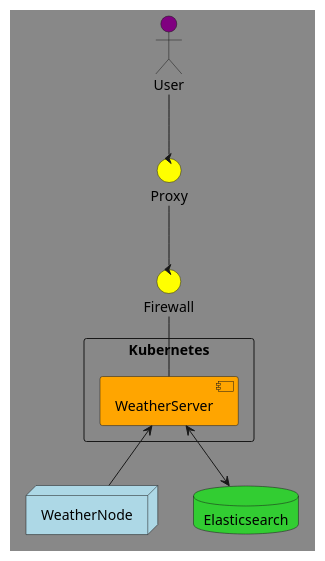
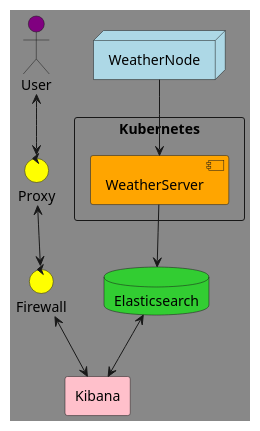
One commit to james-cathcart/indoor-weather-server changed the diagram in docs/deployment.puml. Above: the diagram before and after it, drawn with PlantUML. The commit also changed 8 other files, not shown here.

Commit message:
added additional diagrams and updated README

```diff
--- a/docs/deployment.puml
+++ b/docs/deployment.puml
@@ -1,23 +1,25 @@
 @startuml
 'https://plantuml.com/deployment-diagram
 
 skinparam {
     backgroundColor #888
     handwritten false
 }
 actor User #Purple
 control Firewall #Yellow
 control Proxy #Yellow
 rectangle Kubernetes {
     component WeatherServer #Orange
 }
 node WeatherNode #LightBlue
 database Elasticsearch #LimeGreen
+rectangle Kibana #Pink
 
-User -- Proxy
-Proxy -- Firewall
-Firewall -- WeatherServer
-WeatherServer <-- WeatherNode
-WeatherServer <--> Elasticsearch
+User <--> Proxy
+Proxy <--> Firewall
+Firewall <--> Kibana
+WeatherNode --> WeatherServer
+WeatherServer --> Elasticsearch
+Elasticsearch <--> Kibana
 
 @enduml
```
